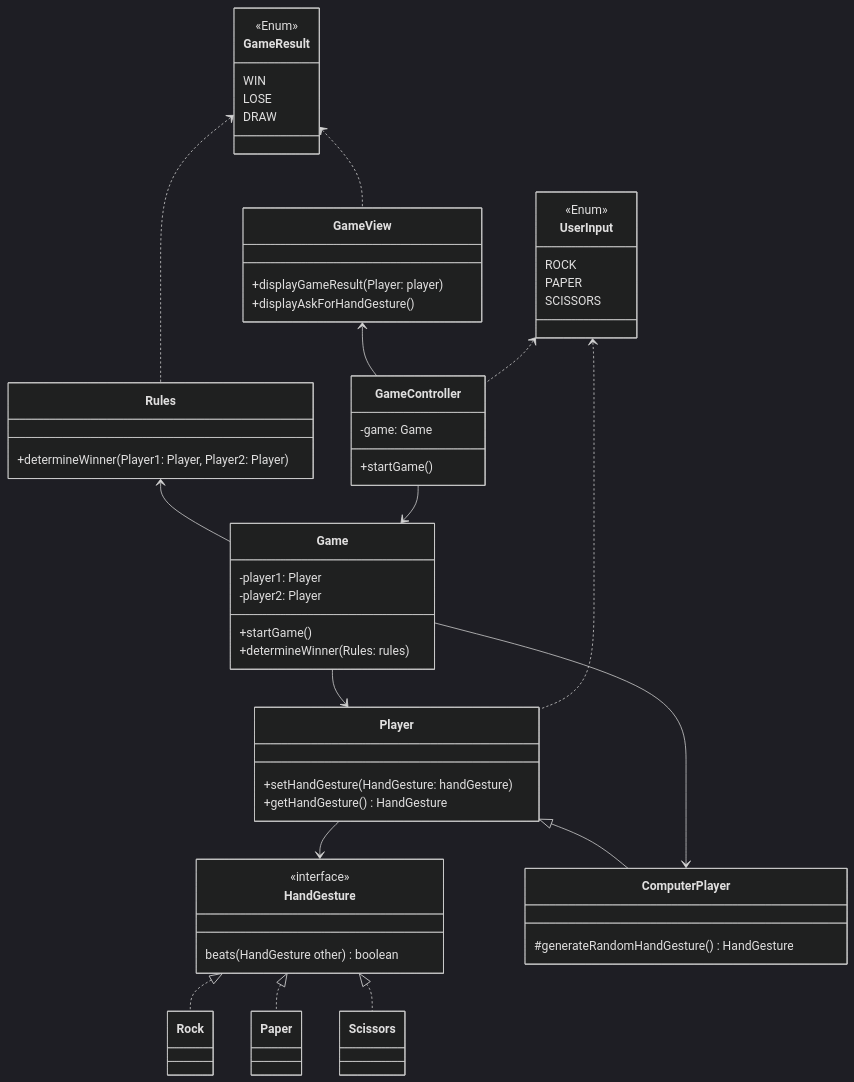
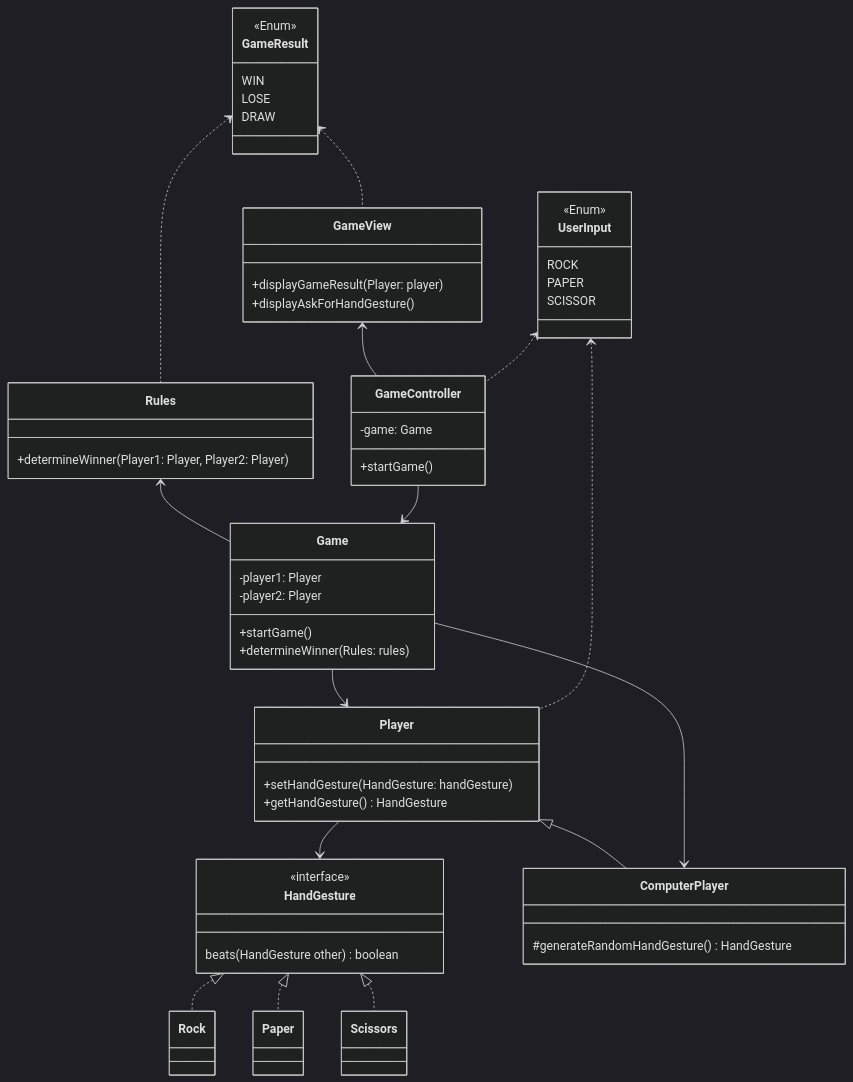
The diagram in Design.md (Witten2002/1dv609-Assignment1-part2), drawn with Mermaid (dark theme) before and after one commit. The commit also changed 12 other files, not shown here.

```diff
--- a/Design.md
+++ b/Design.md
@@ -67,7 +67,7 @@
   <<Enum>>
   ROCK
   PAPER
-  SCISSORS
+  SCISSOR
 }
 
 UserInput <.. Player
```
